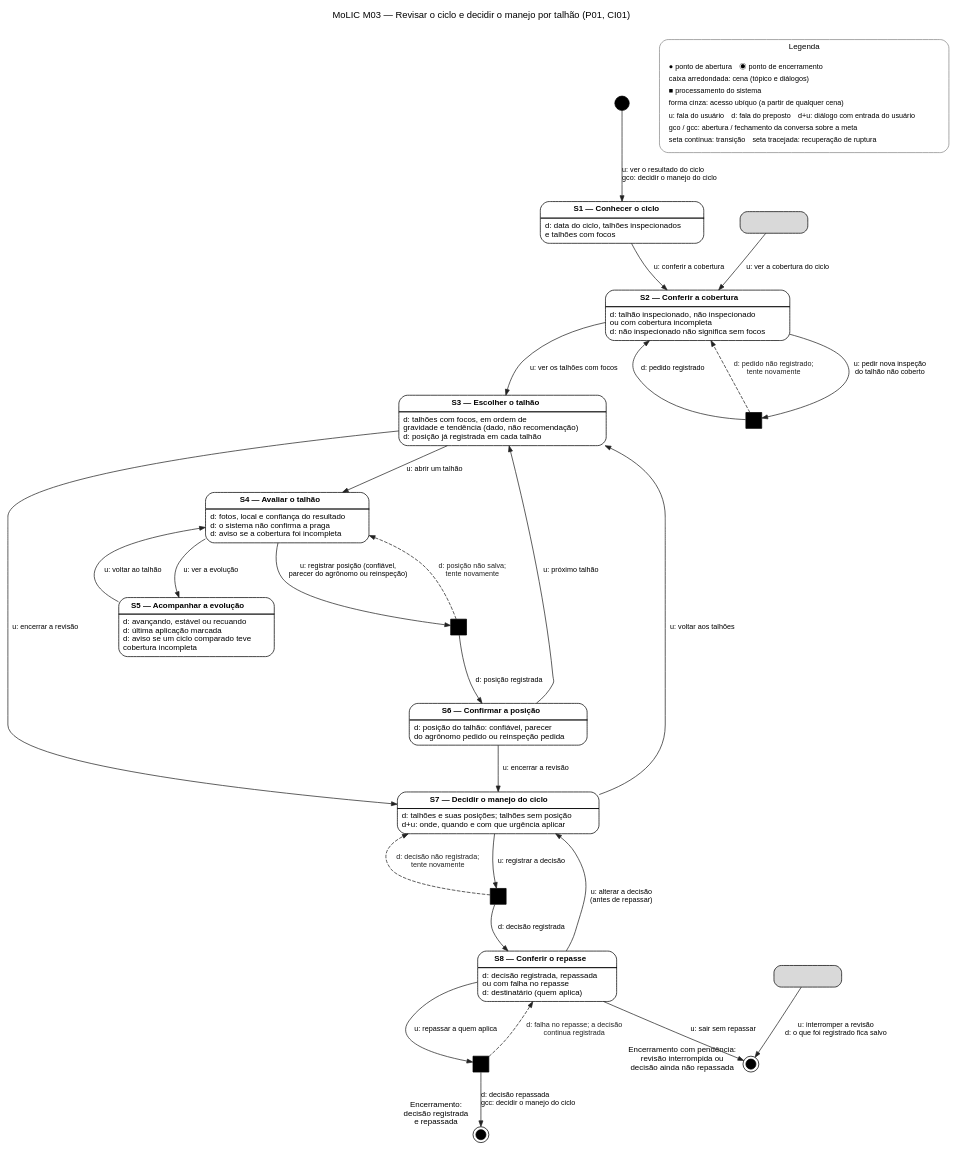
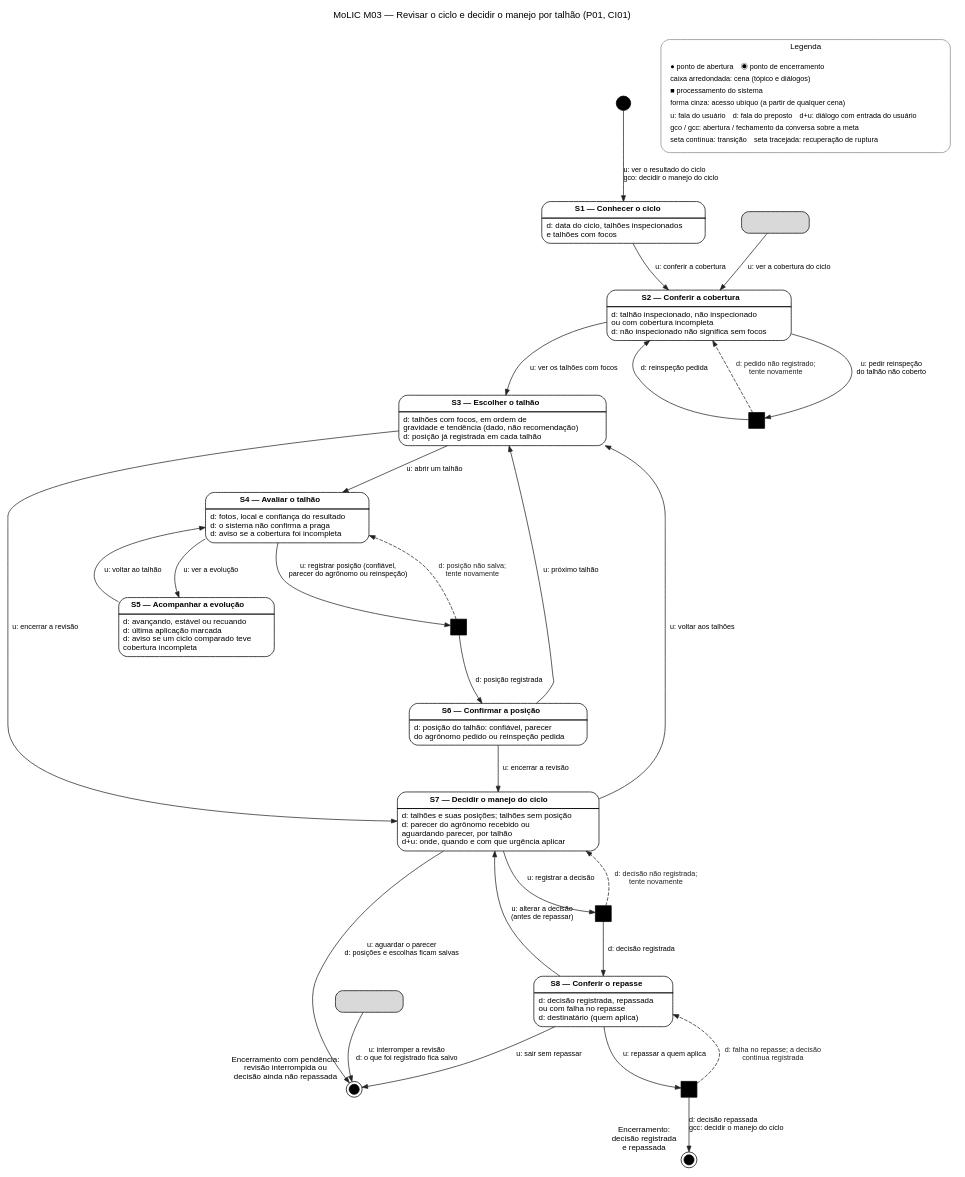
The diagram in assets/10_molic/molic_m03.dot (PedroHValim/Orange_Box), drawn with Graphviz before and after one commit.

```diff
--- a/assets/10_molic/molic_m03.dot
+++ b/assets/10_molic/molic_m03.dot
@@ -1,99 +1,100 @@
 // MoLIC M03 — Revisar o ciclo e decidir o manejo por talhão (P01 / CI01)
 // Gerar: dot -Tsvg molic_m03.dot -o molic_m03.svg ; dot -Tpng -Gdpi=110 molic_m03.dot -o molic_m03.png
 digraph M03 {
   graph [rankdir=TB, fontname="Helvetica", fontsize=13, nodesep=0.7, ranksep=0.75, splines=spline,
          labelloc=t, label="MoLIC M03 — Revisar o ciclo e decidir o manejo por talhão (P01, CI01)\n ", bgcolor="white"];
   node  [fontname="Helvetica", fontsize=11];
   edge  [fontname="Helvetica", fontsize=10, color="#222222", arrowsize=0.8];
 
   // abertura e encerramentos
   ini  [shape=circle, style=filled, fillcolor=black, label="", width=0.28, fixedsize=true];
   fimOK  [shape=doublecircle, style=filled, fillcolor=black, label="", width=0.2, fixedsize=true,
           xlabel="Encerramento:\ndecisão registrada\ne repassada"];
   fimPend [shape=doublecircle, style=filled, fillcolor=black, label="", width=0.2, fixedsize=true,
           xlabel="Encerramento com pendência:\nrevisão interrompida ou\ndecisão ainda não repassada"];
 
   // cenas
   node [shape=plain];
   S1 [label=<<table border="1" cellborder="0" cellspacing="0" cellpadding="5" style="rounded" bgcolor="#FFFFFF">
      <tr><td><b>S1 — Conhecer o ciclo</b></td></tr><hr/>
      <tr><td align="left">d: data do ciclo, talhões inspecionados<br align="left"/>e talhões com focos<br align="left"/></td></tr></table>>];
   S2 [label=<<table border="1" cellborder="0" cellspacing="0" cellpadding="5" style="rounded" bgcolor="#FFFFFF">
      <tr><td><b>S2 — Conferir a cobertura</b></td></tr><hr/>
      <tr><td align="left">d: talhão inspecionado, não inspecionado<br align="left"/>ou com cobertura incompleta<br align="left"/>d: não inspecionado não significa sem focos<br align="left"/></td></tr></table>>];
   S3 [label=<<table border="1" cellborder="0" cellspacing="0" cellpadding="5" style="rounded" bgcolor="#FFFFFF">
      <tr><td><b>S3 — Escolher o talhão</b></td></tr><hr/>
      <tr><td align="left">d: talhões com focos, em ordem de<br align="left"/>gravidade e tendência (dado, não recomendação)<br align="left"/>d: posição já registrada em cada talhão<br align="left"/></td></tr></table>>];
   S4 [label=<<table border="1" cellborder="0" cellspacing="0" cellpadding="5" style="rounded" bgcolor="#FFFFFF">
      <tr><td><b>S4 — Avaliar o talhão</b></td></tr><hr/>
      <tr><td align="left">d: fotos, local e confiança do resultado<br align="left"/>d: o sistema não confirma a praga<br align="left"/>d: aviso se a cobertura foi incompleta<br align="left"/></td></tr></table>>];
   S5 [label=<<table border="1" cellborder="0" cellspacing="0" cellpadding="5" style="rounded" bgcolor="#FFFFFF">
      <tr><td><b>S5 — Acompanhar a evolução</b></td></tr><hr/>
      <tr><td align="left">d: avançando, estável ou recuando<br align="left"/>d: última aplicação marcada<br align="left"/>d: aviso se um ciclo comparado teve<br align="left"/>cobertura incompleta<br align="left"/></td></tr></table>>];
   S6 [label=<<table border="1" cellborder="0" cellspacing="0" cellpadding="5" style="rounded" bgcolor="#FFFFFF">
      <tr><td><b>S6 — Confirmar a posição</b></td></tr><hr/>
      <tr><td align="left">d: posição do talhão: confiável, parecer<br align="left"/>do agrônomo pedido ou reinspeção pedida<br align="left"/></td></tr></table>>];
   S7 [label=<<table border="1" cellborder="0" cellspacing="0" cellpadding="5" style="rounded" bgcolor="#FFFFFF">
      <tr><td><b>S7 — Decidir o manejo do ciclo</b></td></tr><hr/>
-     <tr><td align="left">d: talhões e suas posições; talhões sem posição<br align="left"/>d+u: onde, quando e com que urgência aplicar<br align="left"/></td></tr></table>>];
+     <tr><td align="left">d: talhões e suas posições; talhões sem posição<br align="left"/>d: parecer do agrônomo recebido ou<br align="left"/>aguardando parecer, por talhão<br align="left"/>d+u: onde, quando e com que urgência aplicar<br align="left"/></td></tr></table>>];
   S8 [label=<<table border="1" cellborder="0" cellspacing="0" cellpadding="5" style="rounded" bgcolor="#FFFFFF">
      <tr><td><b>S8 — Conferir o repasse</b></td></tr><hr/>
      <tr><td align="left">d: decisão registrada, repassada<br align="left"/>ou com falha no repasse<br align="left"/>d: destinatário (quem aplica)<br align="left"/></td></tr></table>>];
 
   // processamentos do sistema (caixa preta)
   node [shape=box, style=filled, fillcolor=black, label="", width=0.3, height=0.3, fixedsize=true];
   P1; P2; P3; P4;
 
   // acessos ubíquos
   node [shape=box, style="rounded,filled", fillcolor="#D9D9D9", fixedsize=false, width=0, height=0, fontsize=10];
   U1 [label="", width=1.3, height=0.42, fixedsize=true];
   U2 [label="", width=1.3, height=0.42, fixedsize=true];
 
   // caminho principal
   ini -> S1 [label=" u: ver o resultado do ciclo\l gco: decidir o manejo do ciclo\l"];
   S1 -> S2 [label=" u: conferir a cobertura"];
   S2 -> S3 [label=" u: ver os talhões com focos"];
   S3 -> S4 [label=" u: abrir um talhão"];
   S4 -> P2 [label=" u: registrar posição (confiável,\n parecer do agrônomo ou reinspeção)"];
   P2 -> S6 [label=" d: posição registrada"];
   S6 -> S3 [label=" u: próximo talhão"];
   S6 -> S7 [label=" u: encerrar a revisão"];
   S3 -> S7 [label=" u: encerrar a revisão"];
   S7 -> P3 [label=" u: registrar a decisão"];
   P3 -> S8 [label=" d: decisão registrada"];
   S8 -> P4 [label=" u: repassar a quem aplica"];
   P4 -> fimOK [label=" d: decisão repassada\l gcc: decidir o manejo do ciclo\l"];
 
   // alternativas
-  S2 -> P1 [label=" u: pedir nova inspeção\n do talhão não coberto"];
-  P1 -> S2 [label=" d: pedido registrado"];
+  S2 -> P1 [label=" u: pedir reinspeção\n do talhão não coberto"];
+  P1 -> S2 [label=" d: reinspeção pedida"];
   S4 -> S5 [label=" u: ver a evolução"];
   S5 -> S4 [label=" u: voltar ao talhão"];
   S7 -> S3 [label=" u: voltar aos talhões"];
   S8 -> S7 [label=" u: alterar a decisão\n (antes de repassar)"];
   S8 -> fimPend [label=" u: sair sem repassar"];
+  S7 -> fimPend [label=" u: aguardar o parecer\n d: posições e escolhas ficam salvas"];
   U1 -> S2 [label=" u: ver a cobertura do ciclo"];
   U2 -> fimPend [label=" u: interromper a revisão\n d: o que foi registrado fica salvo"];
 
   // rupturas e recuperação (tracejado)
   edge [style=dashed, color="#222222", fontcolor="#222222"];
   P1 -> S2 [label=" d: pedido não registrado;\n tente novamente"];
   P2 -> S4 [label=" d: posição não salva;\n tente novamente"];
   P3 -> S7 [label=" d: decisão não registrada;\n tente novamente"];
   P4 -> S8 [label=" d: falha no repasse; a decisão\n continua registrada"];
 
   // legenda
   subgraph cluster_leg {
     label="Legenda"; fontsize=11; color="#888888"; style=rounded;
     node [shape=plain, style="", fontsize=10];
     leg [label=<<table border="0" cellspacing="2" cellpadding="2">
       <tr><td align="left">● ponto de abertura　◉ ponto de encerramento</td></tr>
       <tr><td align="left">caixa arredondada: cena (tópico e diálogos)</td></tr>
       <tr><td align="left">■ processamento do sistema</td></tr>
       <tr><td align="left">forma cinza: acesso ubíquo (a partir de qualquer cena)</td></tr>
       <tr><td align="left">u: fala do usuário　d: fala do preposto　d+u: diálogo com entrada do usuário</td></tr>
       <tr><td align="left">gco / gcc: abertura / fechamento da conversa sobre a meta</td></tr>
       <tr><td align="left">seta contínua: transição　seta tracejada: recuperação de ruptura</td></tr>
     </table>>];
   }
 }
```
